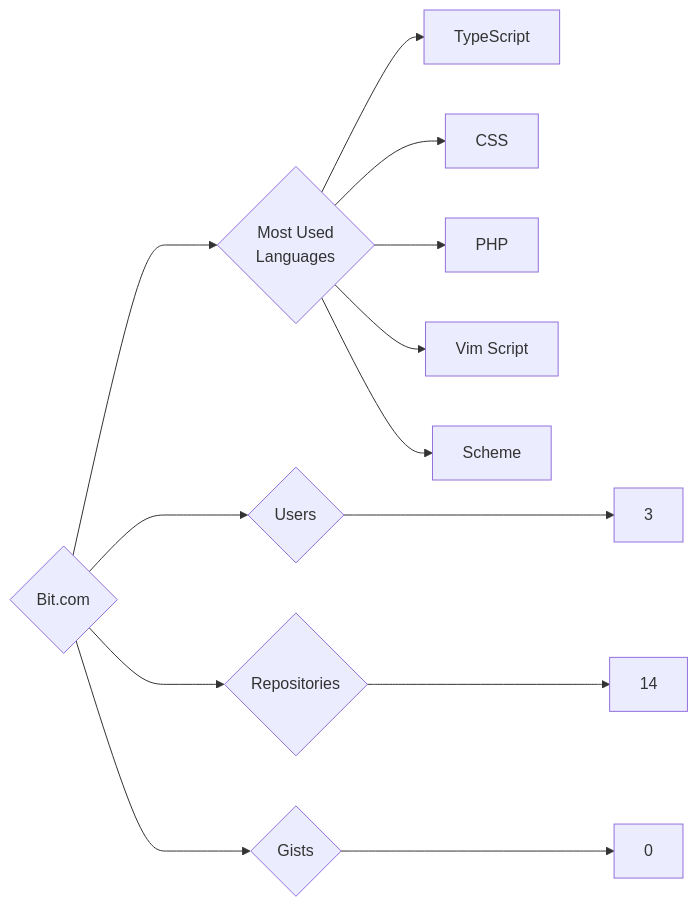
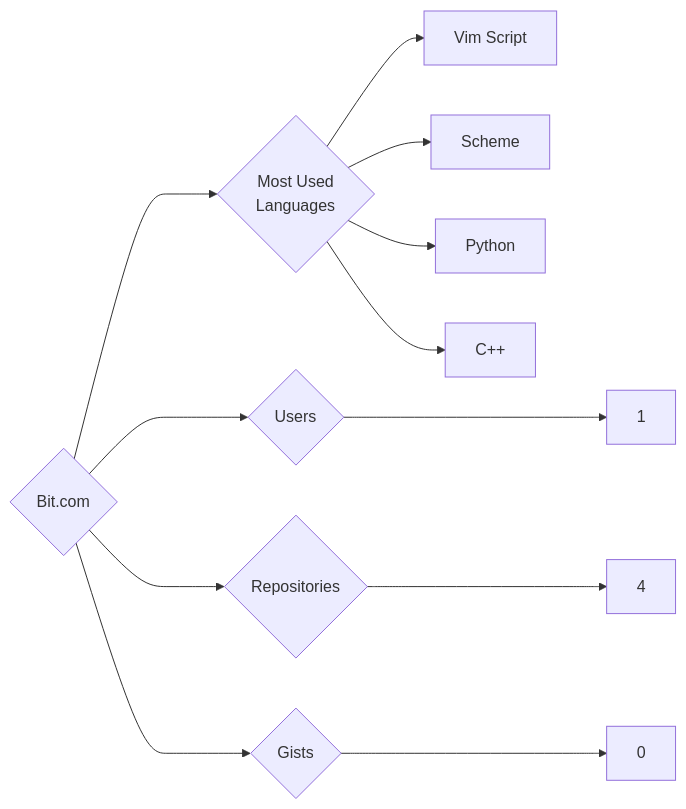
The diagram in targets/Bit.com/README.md (trickest/insiders), drawn with Mermaid before and after one commit. The commit also changed 997 other files, not shown here.

````diff
--- a/targets/Bit.com/README.md
+++ b/targets/Bit.com/README.md
@@ -3,13 +3,12 @@
 ```mermaid
 graph LR
 COMPANY_NAME{Bit.com}
-COMPANY_NAME ---> U{Users} ---> UN[3]
-COMPANY_NAME ---> R{Repositories} ---> RN[14]
+COMPANY_NAME ---> U{Users} ---> UN[1]
+COMPANY_NAME ---> R{Repositories} ---> RN[4]
 COMPANY_NAME ---> G{Gists} ---> GN[0]
 COMPANY_NAME ---> ML{Most Used<br>Languages}
-ML --> TypeScript[TypeScript]
-ML --> CSS[CSS]
-ML --> PHP[PHP]
 ML --> Vim_Script[Vim Script]
 ML --> Scheme[Scheme]
+ML --> Python[Python]
+ML --> C++[C++]
 ```
````
